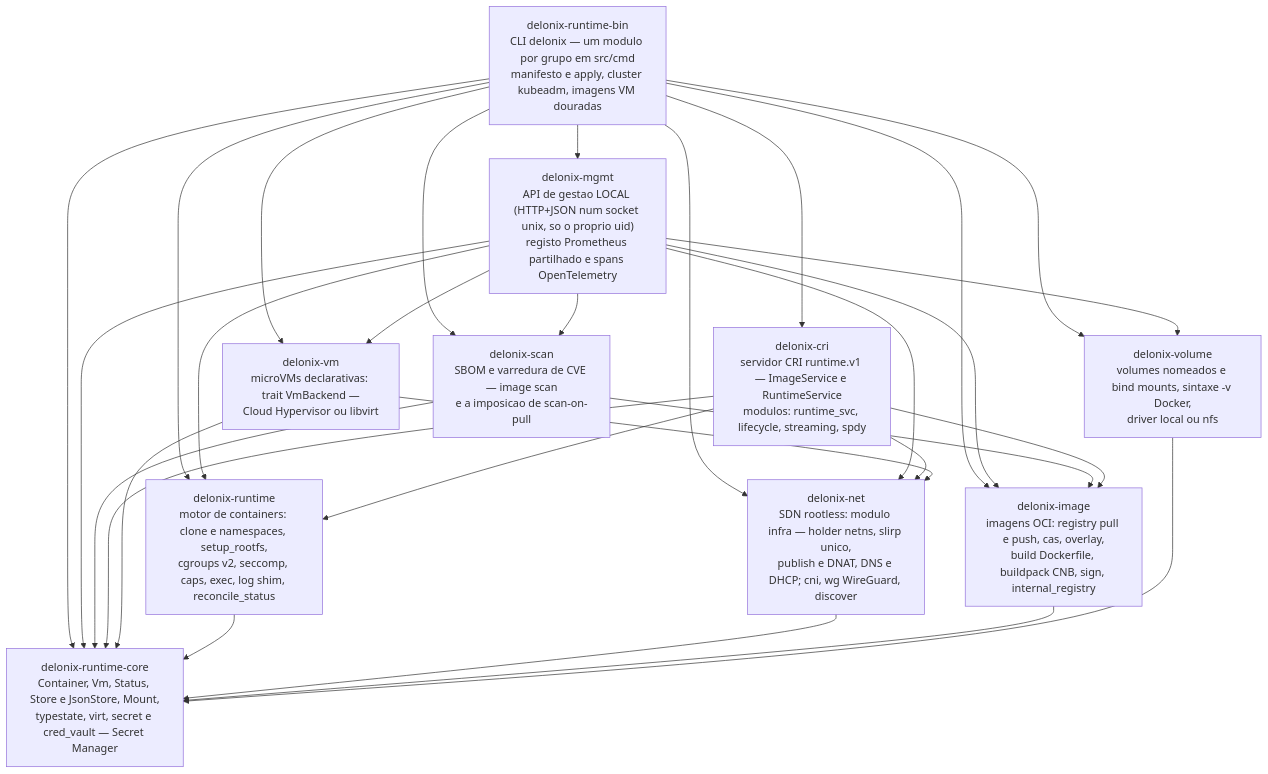
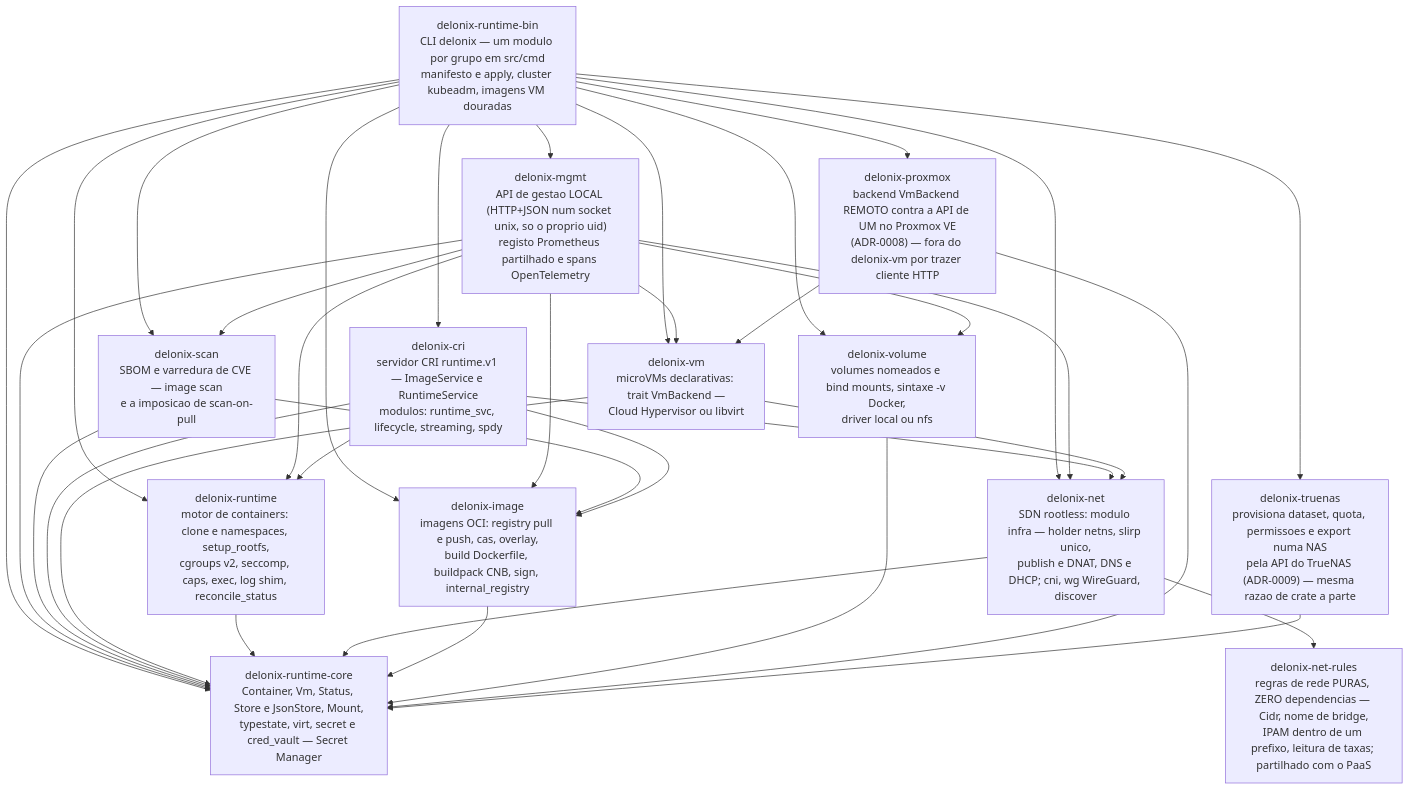
One commit to angolardevops/delonix-runtime changed the third of 7 diagrams in ARCHITECTURE.md. Above: the diagram before and after it, drawn with Mermaid. The commit also changed other lines of this file and 3 other files, not shown here.

````diff
--- a/ARCHITECTURE.md
+++ b/ARCHITECTURE.md
@@ -137,47 +137,57 @@
 ```mermaid
 graph TB
     BIN["delonix-runtime-bin<br>CLI delonix — um modulo por grupo em src/cmd<br>manifesto e apply, cluster kubeadm, imagens VM douradas"]
     CRI["delonix-cri<br>servidor CRI runtime.v1 — ImageService e RuntimeService<br>modulos: runtime_svc, lifecycle, streaming, spdy"]
     RT["delonix-runtime<br>motor de containers: clone e namespaces, setup_rootfs,<br>cgroups v2, seccomp, caps, exec, log shim, reconcile_status"]
     NET["delonix-net<br>SDN rootless: modulo infra — holder netns, slirp unico,<br>publish e DNAT, DNS e DHCP; cni, wg WireGuard, discover"]
     IMG["delonix-image<br>imagens OCI: registry pull e push, cas, overlay,<br>build Dockerfile, buildpack CNB, sign, internal_registry"]
     VM2["delonix-vm<br>microVMs declarativas: trait VmBackend —<br>Cloud Hypervisor ou libvirt"]
     VOL["delonix-volume<br>volumes nomeados e bind mounts, sintaxe -v Docker,<br>driver local ou nfs"]
     CORE["delonix-runtime-core<br>Container, Vm, Status, Store e JsonStore, Mount,<br>typestate, virt, secret e cred_vault — Secret Manager"]
     MGMT["delonix-mgmt<br>API de gestao LOCAL (HTTP+JSON num socket unix, so o proprio uid)<br>registo Prometheus partilhado e spans OpenTelemetry"]
     SCAN["delonix-scan<br>SBOM e varredura de CVE — image scan<br>e a imposicao de scan-on-pull"]
+    RULES["delonix-net-rules<br>regras de rede PURAS, ZERO dependencias — Cidr, nome de bridge,<br>IPAM dentro de um prefixo, leitura de taxas; partilhado com o PaaS"]
+    PVE["delonix-proxmox<br>backend VmBackend REMOTO contra a API de UM no Proxmox VE<br>(ADR-0008) — fora do delonix-vm por trazer cliente HTTP"]
+    NAS["delonix-truenas<br>provisiona dataset, quota, permissoes e export numa NAS<br>pela API do TrueNAS (ADR-0009) — mesma razao de crate a parte"]
 
     BIN --> RT
     BIN --> IMG
     BIN --> VM2
     BIN --> VOL
     BIN --> NET
     BIN --> CORE
     BIN --> CRI
     BIN --> MGMT
     BIN --> SCAN
+    BIN --> PVE
+    BIN --> NAS
 
     MGMT --> RT
     MGMT --> IMG
     MGMT --> VM2
     MGMT --> VOL
     MGMT --> NET
     MGMT --> SCAN
     MGMT --> CORE
 
     SCAN --> IMG
     SCAN --> CORE
 
     CRI --> RT
     CRI --> IMG
     CRI --> NET
     CRI --> CORE
 
     VM2 --> NET
     VM2 --> CORE
 
     RT --> CORE
     NET --> CORE
     IMG --> CORE
     VOL --> CORE
+
+    NET --> RULES
+    PVE --> VM2
+    PVE --> CORE
+    NAS --> CORE
 ```
````
